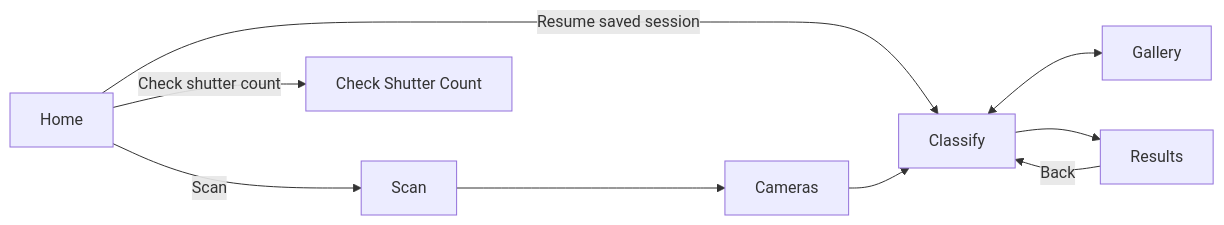
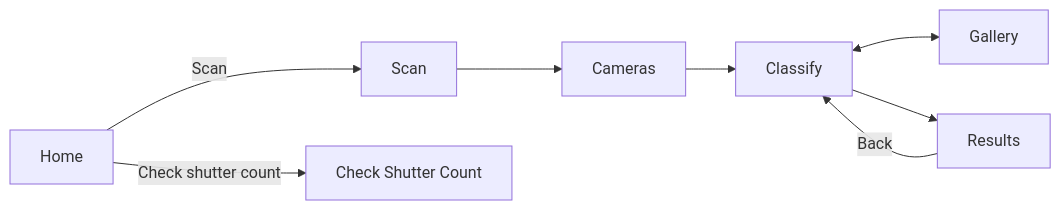
One commit to PoyoPoak/camera-odometer-calculator changed the diagram in docs/design.md. Above: the diagram before and after it, drawn with Mermaid. The commit also changed other lines of this file and 4 other files, not shown here.

````diff
--- a/docs/design.md
+++ b/docs/design.md
@@ -7,11 +7,10 @@
 ```mermaid
 flowchart LR
     Home -->|Scan| Scan
-    Home -->|Resume saved session| Classify
     Home -->|Check shutter count| Check[Check Shutter Count]
     Scan --> Cameras
     Cameras --> Classify
     Classify <--> Gallery
     Classify --> Results
     Results -->|Back| Classify
 ```
````
